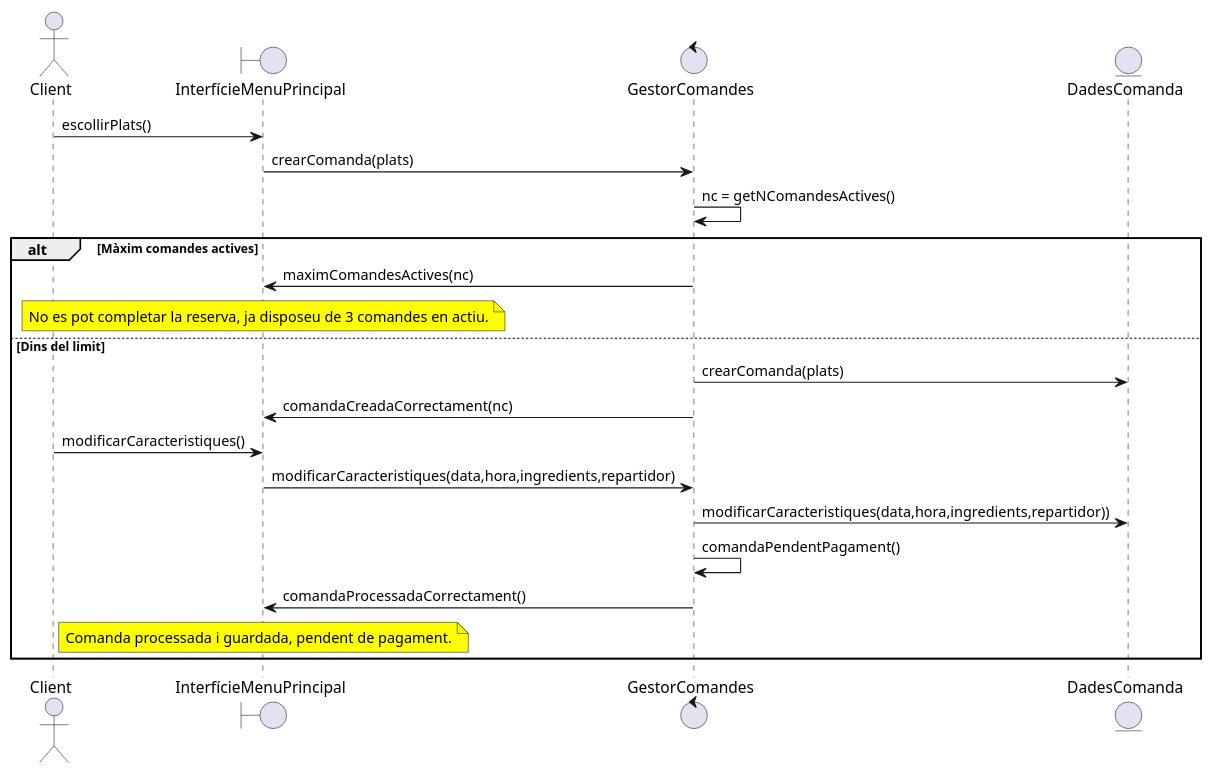
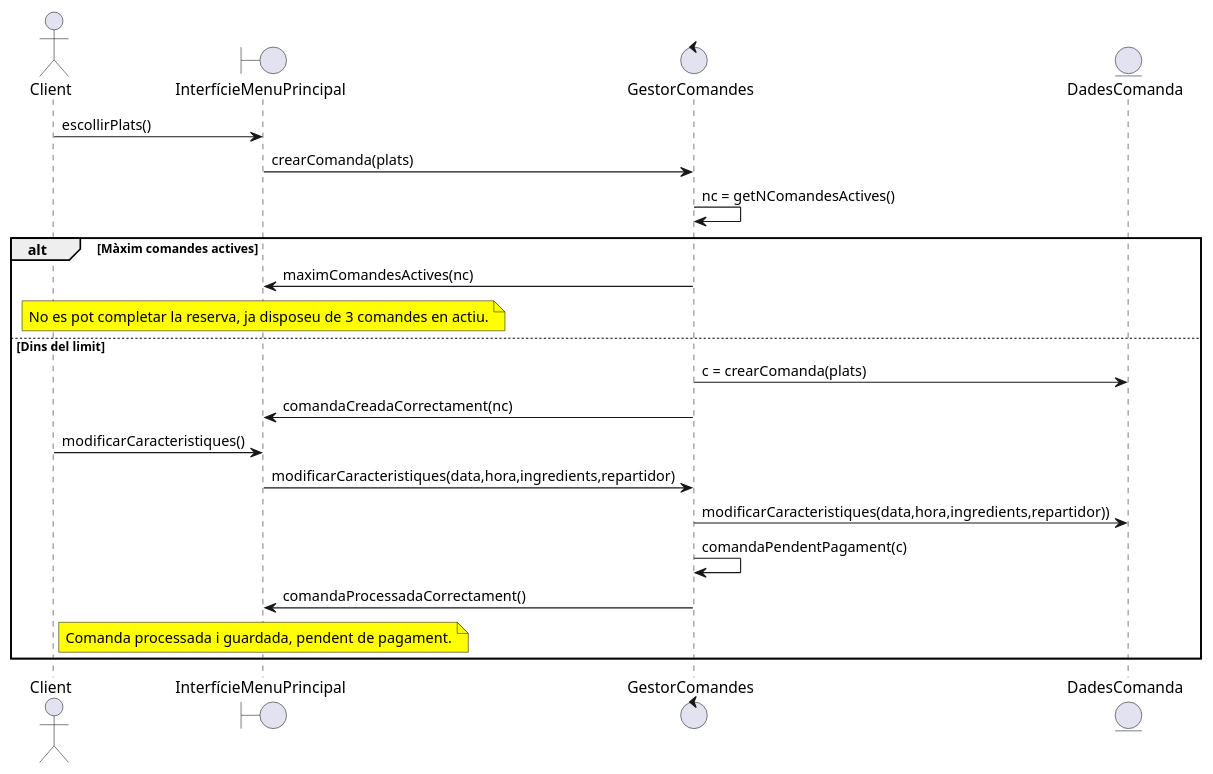
The diagram in documents/Diagrames i Especificacions/Seqüencia/Marc Sala/2. Fer comandes.puml (martipages/ES23UAB431-02), drawn with PlantUML before and after one commit. The commit also changed 3 other files, not shown here.

```diff
--- a/documents/Diagrames i Especificacions/Seqüencia/Marc Sala/2. Fer comandes.puml
+++ b/documents/Diagrames i Especificacions/Seqüencia/Marc Sala/2. Fer comandes.puml
@@ -1,29 +1,29 @@
 @startuml
 
 actor Client
 boundary InterfícieMenuPrincipal
 control GestorComandes
 entity DadesComanda
 
 
 Client -> InterfícieMenuPrincipal: escollirPlats()
 InterfícieMenuPrincipal -> GestorComandes: crearComanda(plats)
 GestorComandes -> GestorComandes: nc = getNComandesActives()
 
 alt Màxim comandes actives
 GestorComandes -> InterfícieMenuPrincipal: maximComandesActives(nc)
 note over InterfícieMenuPrincipal #Yellow : No es pot completar la reserva, ja disposeu de 3 comandes en actiu.
 
 else Dins del limit
-GestorComandes -> DadesComanda: crearComanda(plats)
+GestorComandes -> DadesComanda: c = crearComanda(plats)
 GestorComandes -> InterfícieMenuPrincipal: comandaCreadaCorrectament(nc)
 Client -> InterfícieMenuPrincipal: modificarCaracteristiques()
 InterfícieMenuPrincipal -> GestorComandes: modificarCaracteristiques(data,hora,ingredients,repartidor)
 GestorComandes -> DadesComanda: modificarCaracteristiques(data,hora,ingredients,repartidor))
 
-GestorComandes -> GestorComandes: comandaPendentPagament()
+GestorComandes -> GestorComandes: comandaPendentPagament(c)
 GestorComandes -> InterfícieMenuPrincipal: comandaProcessadaCorrectament()
 note over InterfícieMenuPrincipal #Yellow : Comanda processada i guardada, pendent de pagament.
 end
 
 @enduml
```
